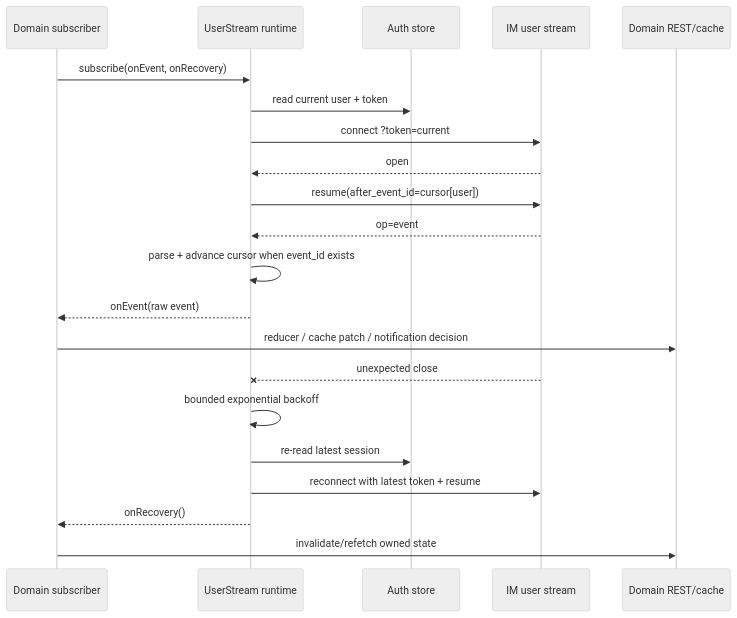
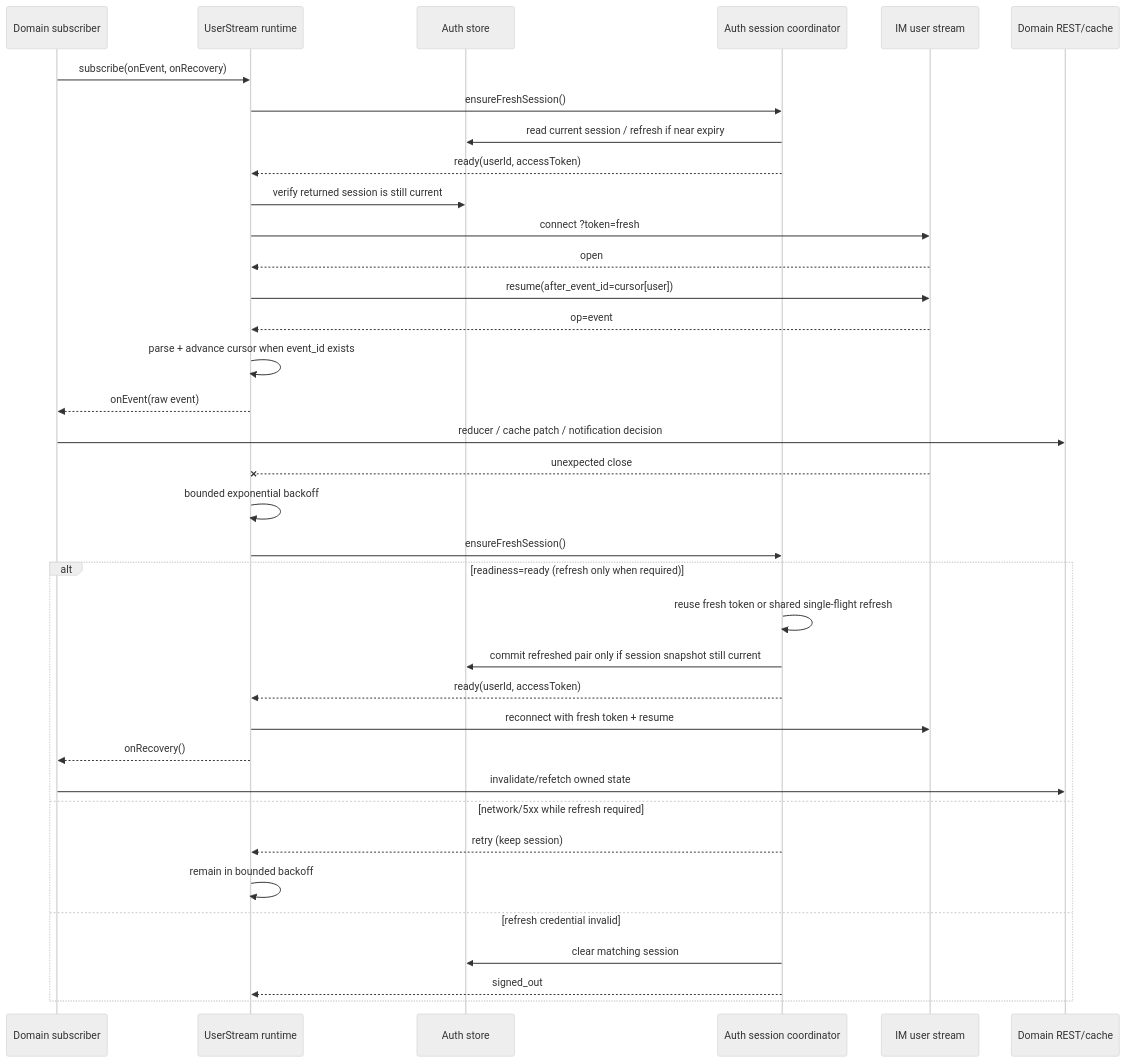
One commit to Mrchen116/nano-multiagent changed the second of 4 diagrams in docs/changes/refactor-460-web-im-client-runtime/design.md. Above: the diagram before and after it, drawn with Mermaid (neutral theme). The commit also changed other lines of this file, not shown here.

````diff
--- a/docs/changes/refactor-460-web-im-client-runtime/design.md
+++ b/docs/changes/refactor-460-web-im-client-runtime/design.md
@@ -213,25 +232,40 @@
 ```mermaid
 sequenceDiagram
     participant C as Domain subscriber
     participant R as UserStream runtime
     participant A as Auth store
+    participant S as Auth session coordinator
     participant IM as IM user stream
     participant Q as Domain REST/cache
 
     C->>R: subscribe(onEvent, onRecovery)
-    R->>A: read current user + token
-    R->>IM: connect ?token=current
+    R->>S: ensureFreshSession()
+    S->>A: read current session / refresh if near expiry
+    S-->>R: ready(userId, accessToken)
+    R->>A: verify returned session is still current
+    R->>IM: connect ?token=fresh
     IM-->>R: open
     R->>IM: resume(after_event_id=cursor[user])
     IM-->>R: op=event
     R->>R: parse + advance cursor when event_id exists
     R-->>C: onEvent(raw event)
     C->>Q: reducer / cache patch / notification decision
 
     IM--xR: unexpected close
     R->>R: bounded exponential backoff
-    R->>A: re-read latest session
-    R->>IM: reconnect with latest token + resume
-    R-->>C: onRecovery()
-    C->>Q: invalidate/refetch owned state
+    R->>S: ensureFreshSession()
+    alt readiness=ready (refresh only when required)
+        S->>S: reuse fresh token or shared single-flight refresh
+        S->>A: commit refreshed pair only if session snapshot still current
+        S-->>R: ready(userId, accessToken)
+        R->>IM: reconnect with fresh token + resume
+        R-->>C: onRecovery()
+        C->>Q: invalidate/refetch owned state
+    else network/5xx while refresh required
+        S-->>R: retry (keep session)
+        R->>R: remain in bounded backoff
+    else refresh credential invalid
+        S->>A: clear matching session
+        S-->>R: signed_out
+    end
 ```
````
